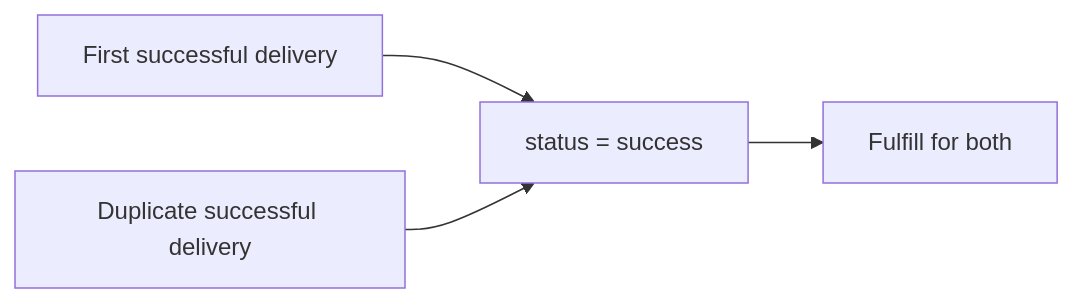
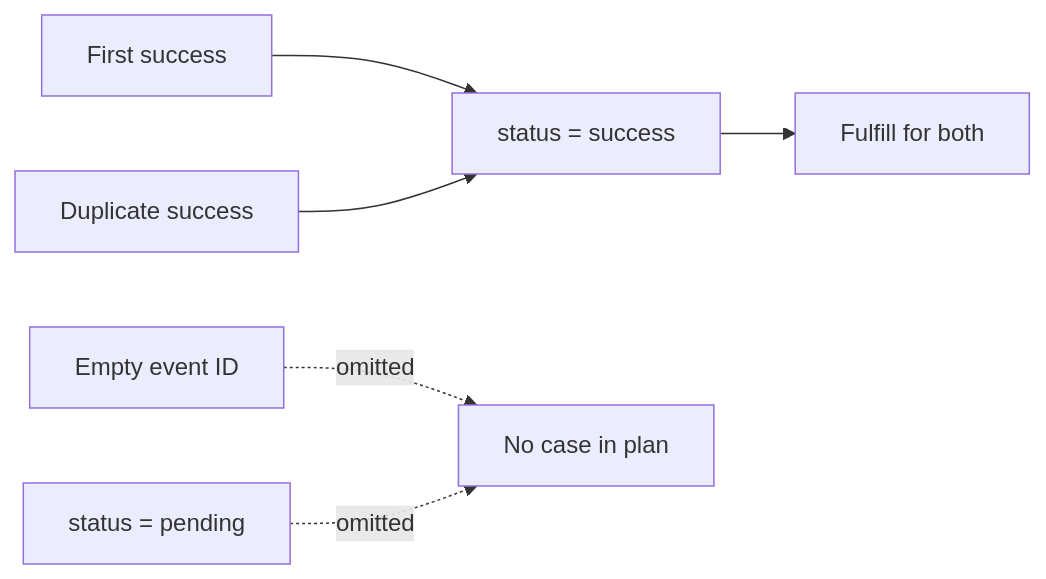
Before and after one commit to mrvanish97/archiscript: the first of 8 diagrams in README.md, drawn with Mermaid. The commit also changed other lines of this file, not shown here.

Commit message:
docs: show carrier completeness in README diagrams

````diff
--- a/README.md
+++ b/README.md
@@ -12,6 +12,8 @@
 ```mermaid
 flowchart LR
-  A["First successful delivery"] --> S["status = success"]
-  B["Duplicate successful delivery"] --> S
+  A["First success"] --> S["status = success"]
+  B["Duplicate success"] --> S
   S --> F["Fulfill for both"]
+  C["Empty event ID"] -.->|"omitted"| Q["No case in plan"]
+  D["status = pending"] -.->|"omitted"| Q
 ```
````
